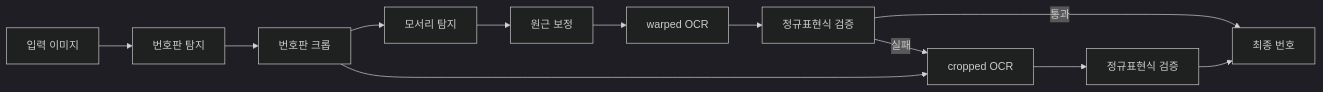
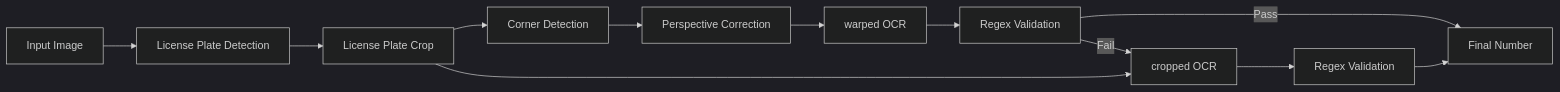
One commit to mandacode-labs/mandacode-devs changed the first of 2 diagrams in src/content/blog/en/korean-license-plate-deep-dive.md. Above: the diagram before and after it, drawn with Mermaid (dark theme). The commit also changed other lines of this file and 14 other files, not shown here.

````diff
--- a/src/content/blog/en/korean-license-plate-deep-dive.md
+++ b/src/content/blog/en/korean-license-plate-deep-dive.md
@@ -37,14 +37,14 @@
 ```mermaid
 graph LR
-    Input[입력 이미지] --> Plate[번호판 탐지]
-    Plate --> Crop[번호판 크롭]
-    Crop --> Vertex[모서리 탐지]
-    Vertex --> Warp[원근 보정]
+    Input[Input Image] --> Plate[License Plate Detection]
+    Plate --> Crop[License Plate Crop]
+    Crop --> Vertex[Corner Detection]
+    Vertex --> Warp[Perspective Correction]
     Warp --> OCR1[warped OCR]
-    OCR1 --> Validate1[정규표현식 검증]
-    Validate1 -->|통과| Output[최종 번호]
-    Validate1 -->|실패| OCR2[cropped OCR]
+    OCR1 --> Validate1[Regex Validation]
+    Validate1 -->|Pass| Output[Final Number]
+    Validate1 -->|Fail| OCR2[cropped OCR]
     Crop --> OCR2
-    OCR2 --> Validate2[정규표현식 검증]
+    OCR2 --> Validate2[Regex Validation]
     Validate2 --> Output
 ```
````
